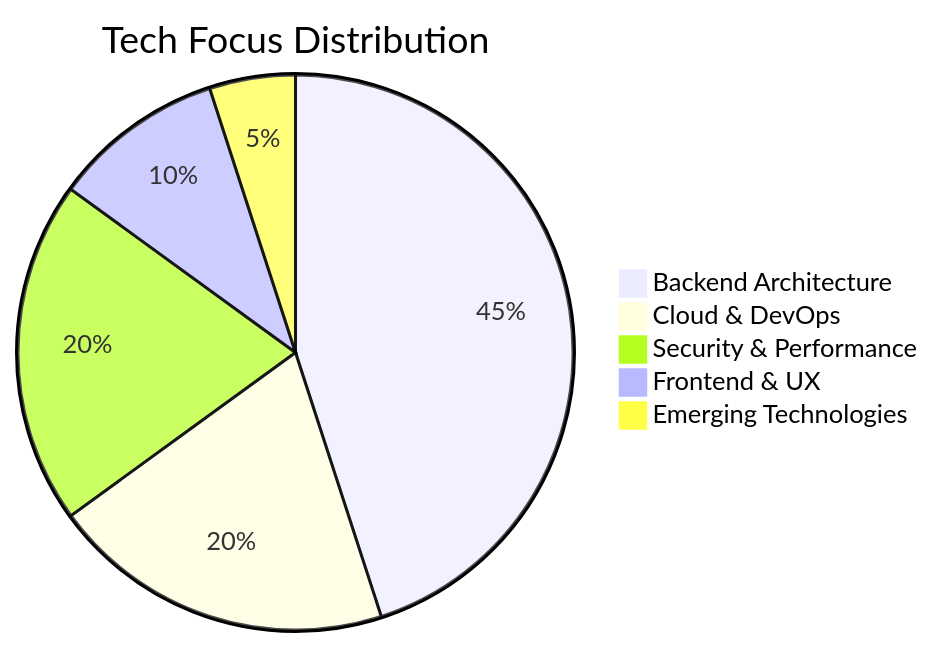
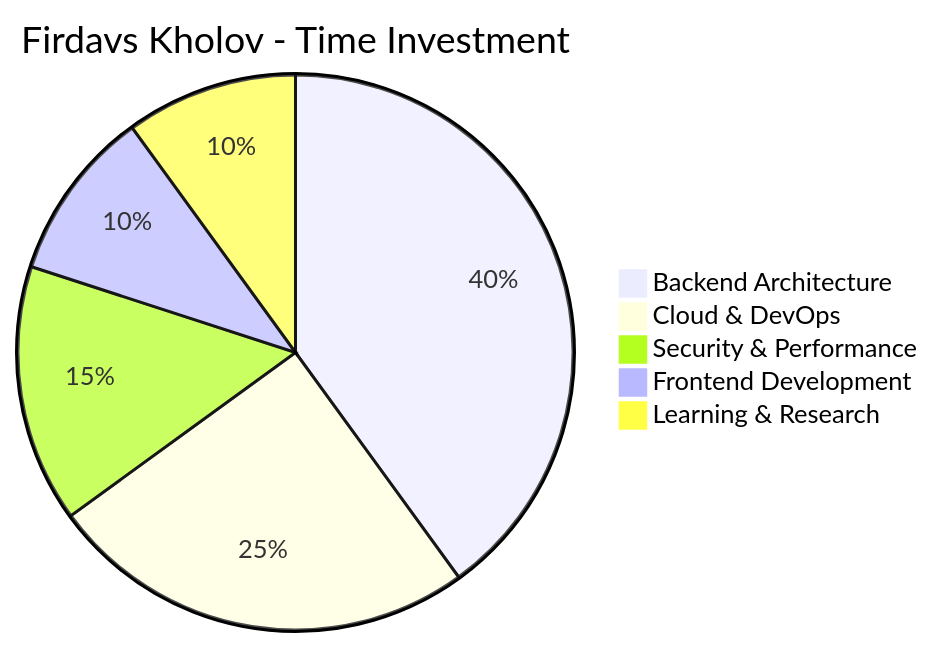
Before and after one commit to firdavs244/firdavs244: the third of 3 diagrams in README.md, drawn with Mermaid. The commit also changed other lines of this file, not shown here.

````diff
--- a/README.md
+++ b/README.md
@@ -409,8 +514,8 @@
 ```mermaid
-pie title Tech Focus Distribution
-    "Backend Architecture" : 45
-    "Cloud & DevOps" : 20
-    "Security & Performance" : 20
-    "Frontend & UX" : 10
-    "Emerging Technologies" : 5
+pie title Firdavs Kholov - Time Investment
+    "Backend Architecture" : 40
+    "Cloud & DevOps" : 25
+    "Security & Performance" : 15
+    "Frontend Development" : 10
+    "Learning & Research" : 10
 ```
````
